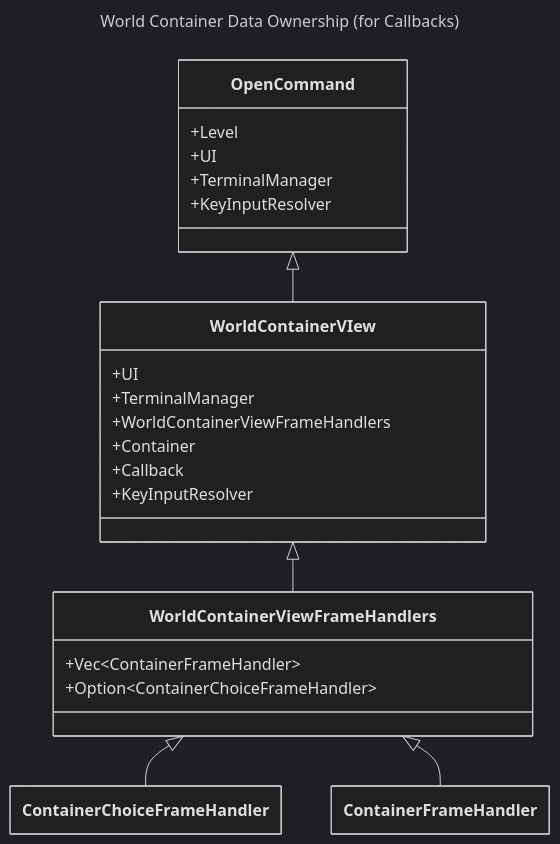
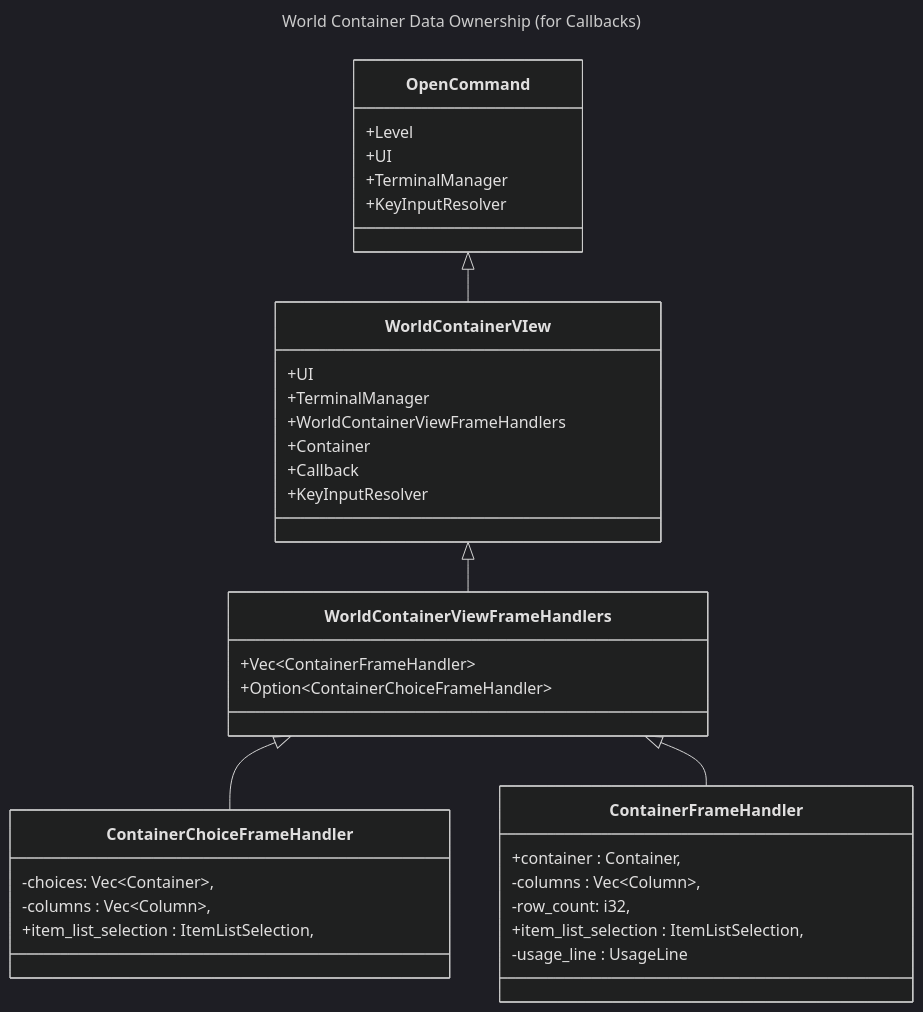
The diagram in arq/resources/diagrams/world-container-data-ownership.mmd (TheDarrenJoseph/ARQ-Rust), drawn with Mermaid (dark theme) before and after one commit. The commit also changed 2 other files, not shown here.

Commit message:
Slight diagram update / add SVGs

```diff
--- a/arq/resources/diagrams/world-container-data-ownership.mmd
+++ b/arq/resources/diagrams/world-container-data-ownership.mmd
@@ -1,35 +1,45 @@
 ---
   config:
     class:
       hideEmptyMembersBox: true
   title: World Container Data Ownership (for Callbacks)
 ---
 classDiagram
     OpenCommand <|-- WorldContainerVIew
     WorldContainerVIew <|-- WorldContainerViewFrameHandlers
 
     WorldContainerViewFrameHandlers <|-- ContainerChoiceFrameHandler
     WorldContainerViewFrameHandlers <|-- ContainerFrameHandler
     class OpenCommand{
       +Level
       +UI
       +TerminalManager
       +KeyInputResolver
     }
 
     class WorldContainerVIew{
       +UI
       +TerminalManager
       +WorldContainerViewFrameHandlers
       +Container
       +Callback
       +KeyInputResolver
     }
 
     class WorldContainerViewFrameHandlers {
         +Vec~ContainerFrameHandler~
         +Option~ContainerChoiceFrameHandler~
     }
 
-    class ContainerChoiceFrameHandler
-    class ContainerFrameHandler
+    class ContainerChoiceFrameHandler {
+      -choices: Vec~Container~,
+      -columns : Vec~Column~,
+      +item_list_selection : ItemListSelection,
+    }
+    class ContainerFrameHandler {
+      +container : Container,
+      -columns : Vec~Column~,
+      -row_count: i32,
+      +item_list_selection : ItemListSelection,
+      -usage_line : UsageLine
+    }
```
